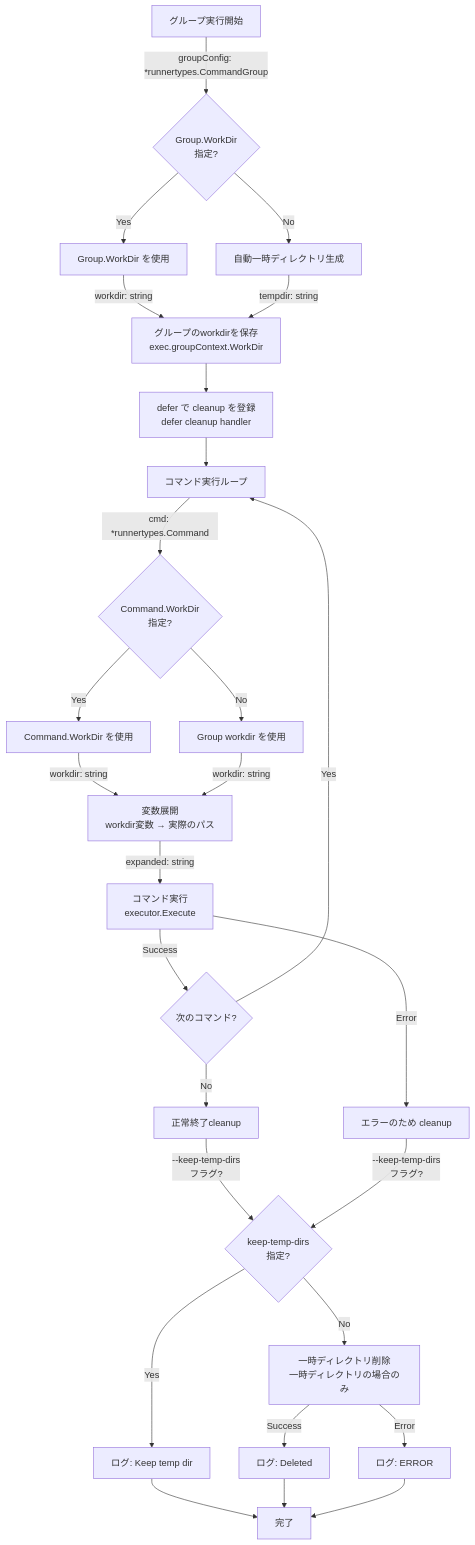
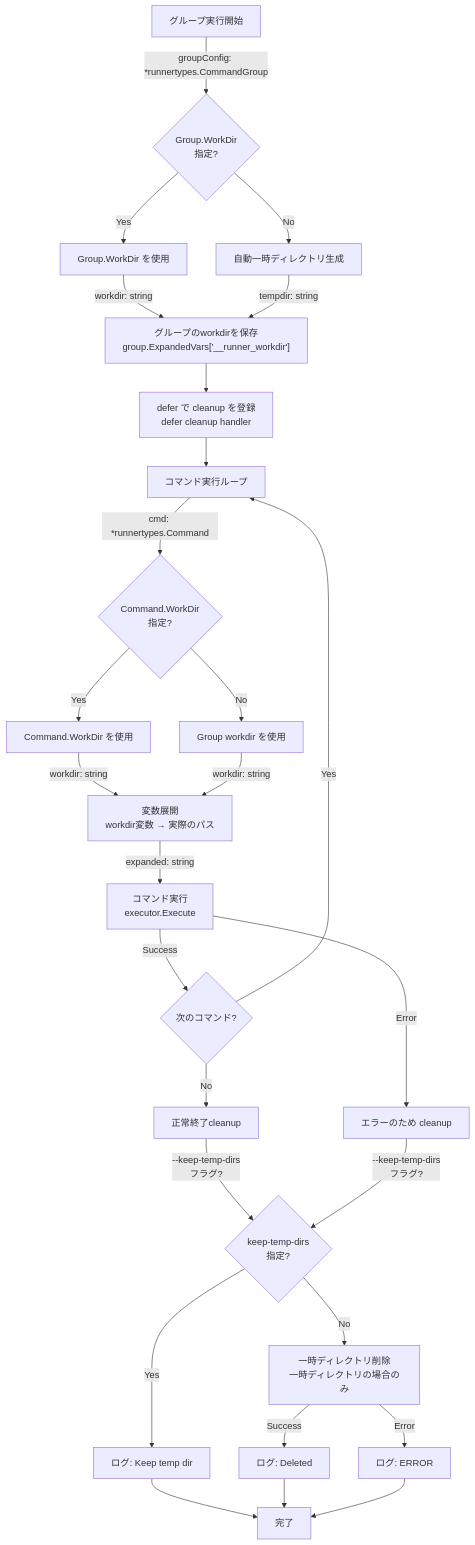
The fourth of 11 diagrams in docs/tasks/0034_workdir_redesign/02_architecture.md (isseis/go-safe-cmd-runner), drawn with Mermaid before and after one commit.

Commit message:
Document setting group workdir into group.ExpandedVars[__runner_workdir]
- Replace exec.groupContext.WorkDir reference with group.ExpandedVars[__runner_workdir]
- Align architecture doc with new variable propagation design
- Fix minor formatting in the flowchart text

````diff
--- a/docs/tasks/0034_workdir_redesign/02_architecture.md
+++ b/docs/tasks/0034_workdir_redesign/02_architecture.md
@@ -218,46 +218,46 @@
 ```mermaid
 flowchart TD
     Start["グループ実行開始"] -->|groupConfig: *runnertypes.CommandGroup| ResolveWorkDir
 
     ResolveWorkDir{"Group.WorkDir<br/>指定?"}
     ResolveWorkDir -->|Yes| UseGroupWorkDir["Group.WorkDir を使用"]
     ResolveWorkDir -->|No| CreateTempDir["自動一時ディレクトリ生成"]
 
-    UseGroupWorkDir -->|workdir: string| StoreWorkDir["グループのworkdirを保存<br/>exec.groupContext.WorkDir"]
+    UseGroupWorkDir -->|workdir: string| StoreWorkDir["グループのworkdirを保存<br/>group.ExpandedVars['__runner_workdir']"]
     CreateTempDir -->|tempdir: string| StoreWorkDir
 
     StoreWorkDir --> InitCleanup["defer で cleanup を登録<br/>defer cleanup handler"]
 
     InitCleanup --> ExecuteCommands["コマンド実行ループ"]
 
     ExecuteCommands -->|cmd: *runnertypes.Command| ResolveCommandWorkDir
 
     ResolveCommandWorkDir{"Command.WorkDir<br/>指定?"}
     ResolveCommandWorkDir -->|Yes| UseCommandWorkDir["Command.WorkDir を使用"]
     ResolveCommandWorkDir -->|No| UseGroupWorkDir2["Group workdir を使用"]
 
     UseCommandWorkDir -->|workdir: string| ExpandVariables
     UseGroupWorkDir2 -->|workdir: string| ExpandVariables
 
     ExpandVariables["変数展開<br/>workdir変数 → 実際のパス"] -->|expanded: string| ExecuteCommand
 
     ExecuteCommand["コマンド実行<br/>executor.Execute"]
 
     ExecuteCommand -->|Success| NextCommand{次のコマンド?}
     ExecuteCommand -->|Error| CleanupError["エラーのため cleanup"]
 
     NextCommand -->|Yes| ExecuteCommands
     NextCommand -->|No| CleanupSuccess["正常終了cleanup"]
 
     CleanupSuccess -->|--keep-temp-dirs<br/>フラグ?| CheckKeepFlag{keep-temp-dirs<br/>指定?}
     CleanupError -->|--keep-temp-dirs<br/>フラグ?| CheckKeepFlag
 
     CheckKeepFlag -->|Yes| LogKeep["ログ: Keep temp dir"]
     CheckKeepFlag -->|No| DeleteTempDir["一時ディレクトリ削除<br/>一時ディレクトリの場合のみ"]
 
     LogKeep --> End["完了"]
     DeleteTempDir -->|Success| LogDelete["ログ: Deleted"]
     DeleteTempDir -->|Error| LogDeleteError["ログ: ERROR"]
     LogDelete --> End
     LogDeleteError --> End
 ```
````
